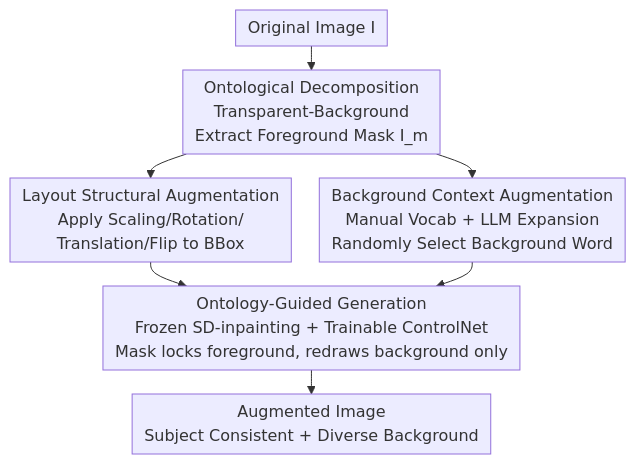
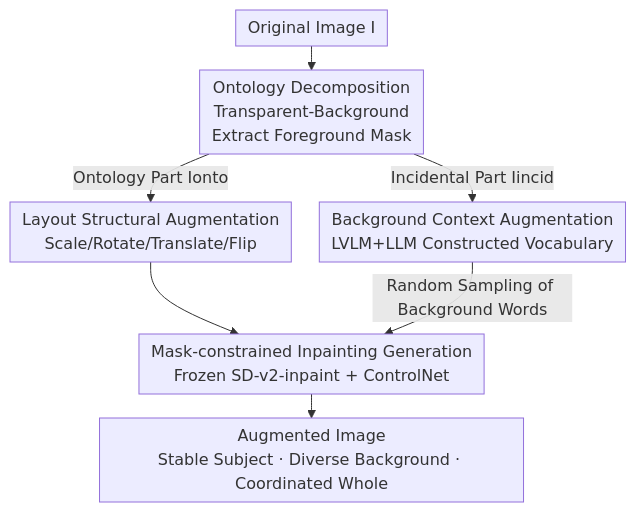
Before and after one commit to zhaoyang97/Paper-Notes-en: the diagram in docs/CVPR2026/image_generation/ontoaug_rethinking_generative_data_augmentation_via_ontology_guidance.md, drawn with Mermaid. The commit also changed other lines of this file and 2114 other files, not shown here.

````diff
--- a/docs/CVPR2026/image_generation/ontoaug_rethinking_generative_data_augmentation_via_ontology_guidance.md
+++ b/docs/CVPR2026/image_generation/ontoaug_rethinking_generative_data_augmentation_via_ontology_guidance.md
@@ -39,10 +38,10 @@
 ```mermaid
 %%{init: {'flowchart': {'rankSpacing': 24, 'nodeSpacing': 28, 'padding': 6, 'wrappingWidth': 400}}}%%
 flowchart TD
-    A["Original Image I"] --> B["Ontological Decomposition<br/>Transparent-Background<br/>Extract Foreground Mask I_m"]
-    B --> C["Layout Structural Augmentation<br/>Apply Scaling/Rotation/<br/>Translation/Flip to BBox"]
-    B --> D["Background Context Augmentation<br/>Manual Vocab + LLM Expansion<br/>Randomly Select Background Word"]
-    C --> E["Ontology-Guided Generation<br/>Frozen SD-inpainting + Trainable ControlNet<br/>Mask locks foreground, redraws background only"]
-    D --> E
-    E --> F["Augmented Image<br/>Subject Consistent + Diverse Background"]
+    A["Original Image I"] --> B["Ontology Decomposition<br/>Transparent-Background<br/>Extract Foreground Mask"]
+    B -->|Ontology Part Ionto| C["Layout Structural Augmentation<br/>Scale/Rotate/Translate/Flip"]
+    B -->|Incidental Part Iincid| D["Background Context Augmentation<br/>LVLM+LLM Constructed Vocabulary"]
+    C --> E["Mask-constrained Inpainting Generation<br/>Frozen SD-v2-inpaint + ControlNet"]
+    D -->|Random Sampling of Background Words| E
+    E --> F["Augmented Image<br/>Stable Subject · Diverse Background · Coordinated Whole"]
 ```
````
